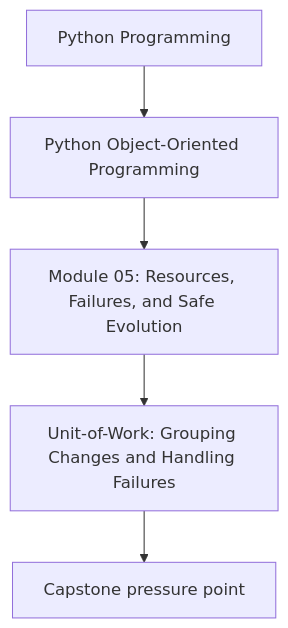
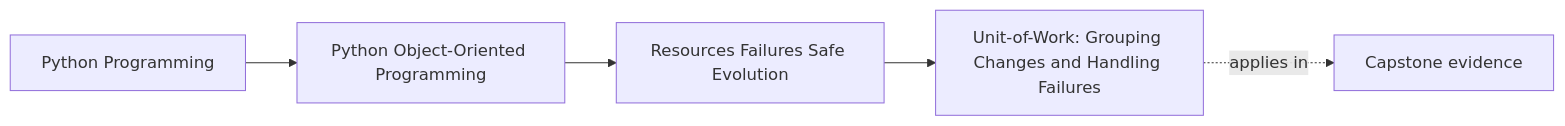
One commit to bijux/bijux-masterclass changed the first of 2 diagrams in programs/python-programming/python-object-oriented-programming/course-book/module-05-resources-failures-safe-evolution/unit-of-work-and-failure-handling.md. Above: the diagram before and after it, drawn with Mermaid. The commit also changed other lines of this file and 103 other files, not shown here.

Commit message:
docs(python-object-oriented-programming): map sustainment and capstone surfaces

````diff
--- a/programs/python-programming/python-object-oriented-programming/course-book/module-05-resources-failures-safe-evolution/unit-of-work-and-failure-handling.md
+++ b/programs/python-programming/python-object-oriented-programming/course-book/module-05-resources-failures-safe-evolution/unit-of-work-and-failure-handling.md
@@ -7,7 +7,11 @@
 ```mermaid
-flowchart TD
-  family["Python Programming"] --> program["Python Object-Oriented Programming"]
-  program --> module["Module 05: Resources, Failures, and Safe Evolution"]
-  module --> concept["Unit-of-Work: Grouping Changes and Handling Failures"]
-  concept --> capstone["Capstone pressure point"]
+graph LR
+  family["Python Programming"]
+  program["Python Object-Oriented Programming"]
+  section["Resources Failures Safe Evolution"]
+  page["Unit-of-Work: Grouping Changes and Handling Failures"]
+  capstone["Capstone evidence"]
+
+  family --> program --> section --> page
+  page -.applies in.-> capstone
 ```
````
